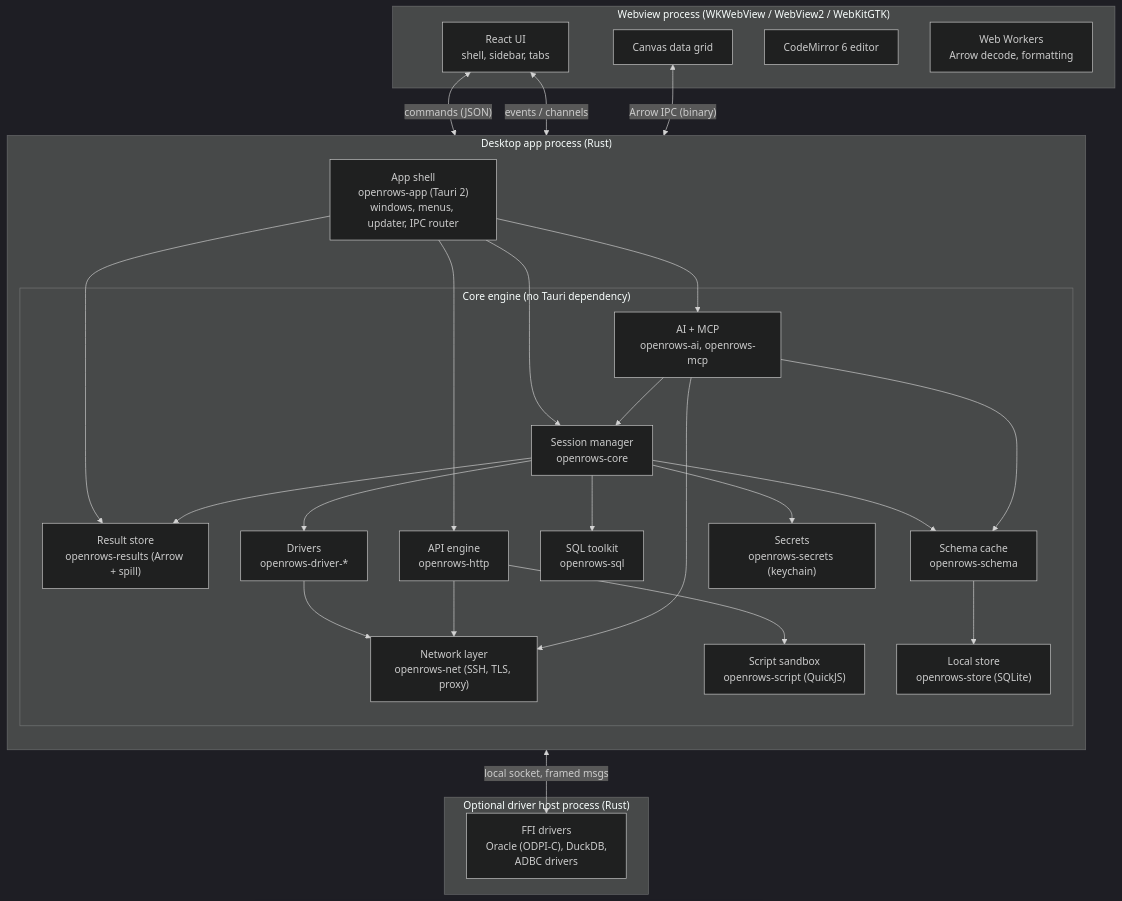
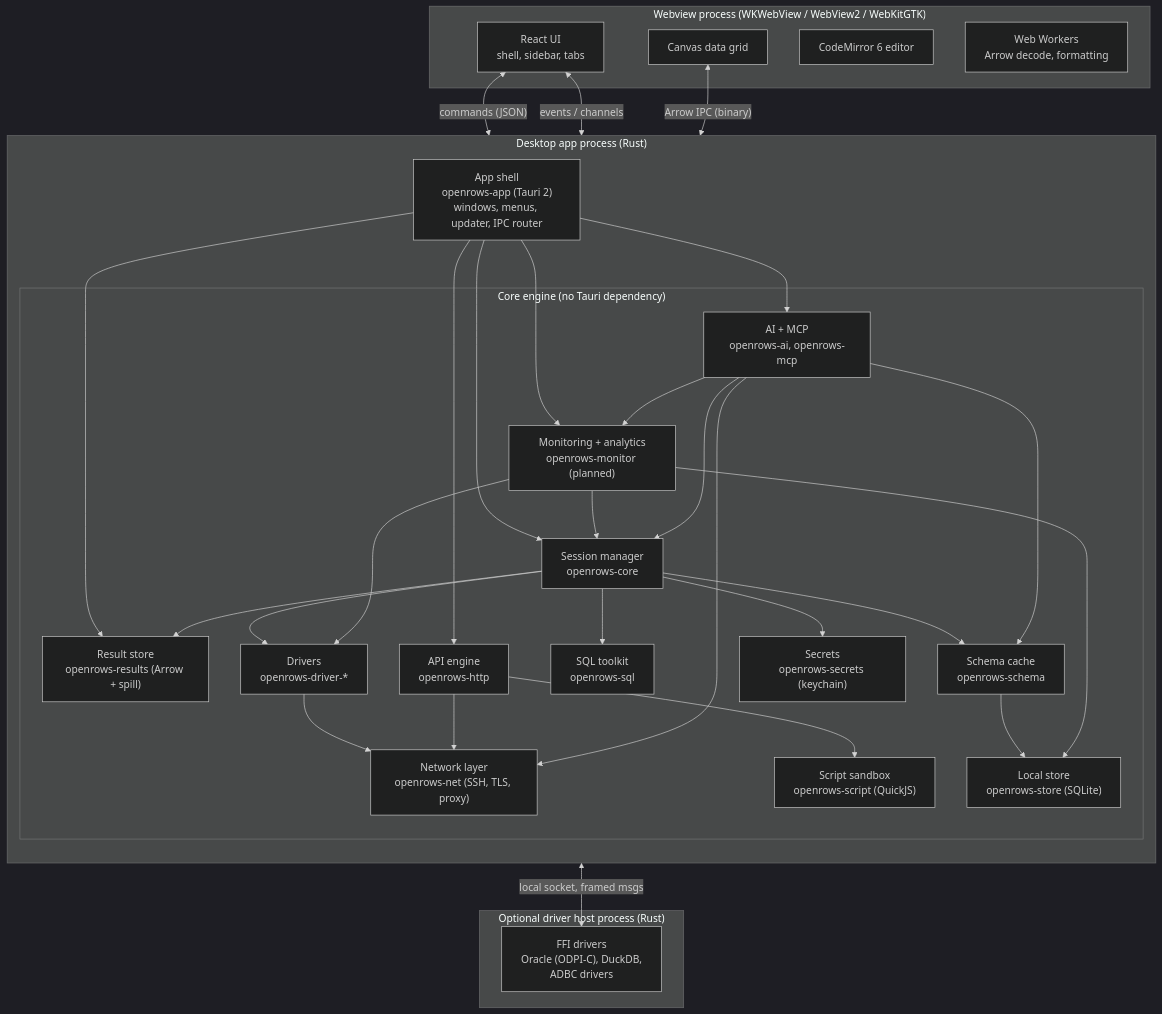
One commit to theetaz/open-rows changed the second of 6 diagrams in docs/03-architecture-overview.md. Above: the diagram before and after it, drawn with Mermaid (dark theme). The commit also changed other lines of this file and 10 other files, not shown here.

````diff
--- a/docs/03-architecture-overview.md
+++ b/docs/03-architecture-overview.md
@@ -52,52 +52,58 @@
 ```mermaid
 flowchart TB
     subgraph tauri["Desktop app process (Rust)"]
         direction TB
         shell["App shell<br/>openrows-app (Tauri 2)<br/>windows, menus, updater, IPC router"]
         subgraph core["Core engine (no Tauri dependency)"]
             sessions["Session manager<br/>openrows-core"]
             results["Result store<br/>openrows-results (Arrow + spill)"]
             sql["SQL toolkit<br/>openrows-sql"]
             schema["Schema cache<br/>openrows-schema"]
             http["API engine<br/>openrows-http"]
             script["Script sandbox<br/>openrows-script (QuickJS)"]
             net["Network layer<br/>openrows-net (SSH, TLS, proxy)"]
             store["Local store<br/>openrows-store (SQLite)"]
             secrets["Secrets<br/>openrows-secrets (keychain)"]
             ai["AI + MCP<br/>openrows-ai, openrows-mcp"]
+            monitor["Monitoring + analytics<br/>openrows-monitor (planned)"]
             drivers["Drivers<br/>openrows-driver-*"]
         end
         shell --> sessions
         shell --> results
         shell --> http
         sessions --> drivers
         sessions --> sql
         sessions --> schema
         drivers --> net
         http --> net
         http --> script
         sessions --> results
         schema --> store
         sessions --> secrets
         shell --> ai
+        shell --> monitor
+        monitor --> sessions
+        monitor --> drivers
+        monitor --> store
+        ai --> monitor
         ai --> schema
         ai --> sessions
         ai --> net
     end
 
     subgraph web["Webview process (WKWebView / WebView2 / WebKitGTK)"]
         ui["React UI<br/>shell, sidebar, tabs"]
         grid["Canvas data grid"]
         editor["CodeMirror 6 editor"]
         workers["Web Workers<br/>Arrow decode, formatting"]
     end
 
     subgraph host["Optional driver host process (Rust)"]
         ffi["FFI drivers<br/>Oracle (ODPI-C), DuckDB,<br/>ADBC drivers"]
     end
 
     ui <-->|"commands (JSON)"| shell
     grid <-->|"Arrow IPC (binary)"| shell
     ui <-->|"events / channels"| shell
     sessions <-->|"local socket, framed msgs"| ffi
 ```
````
